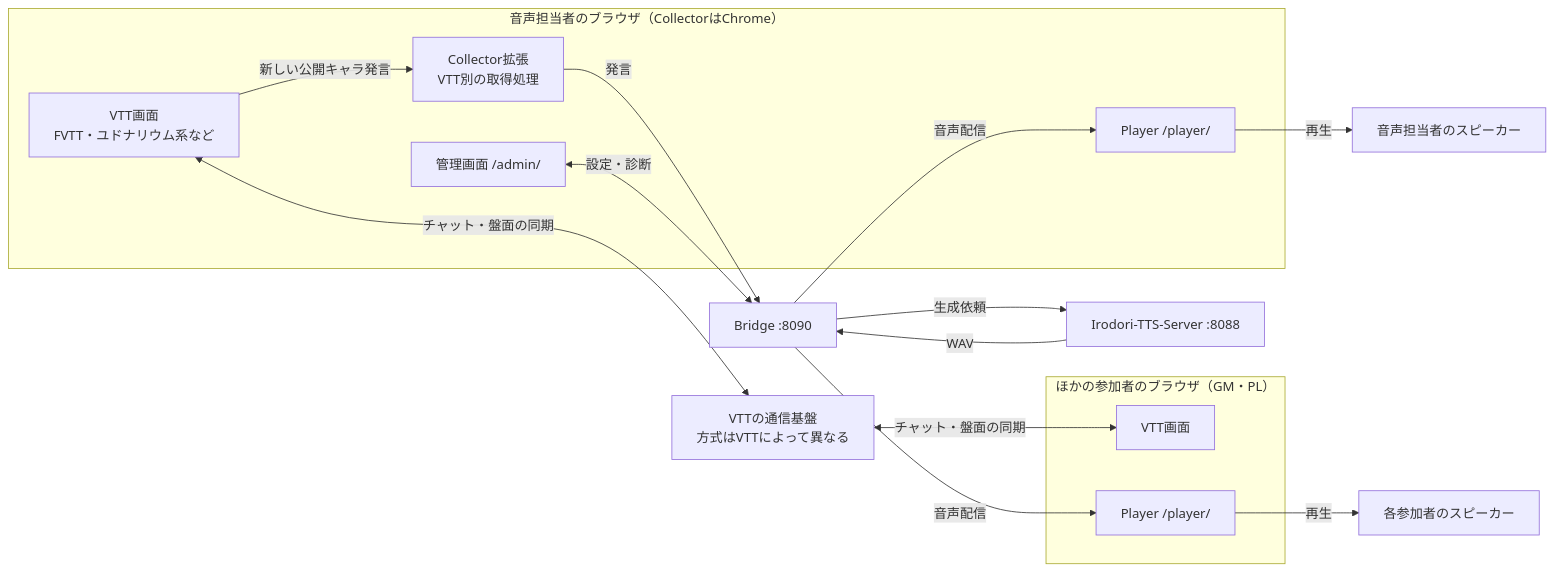
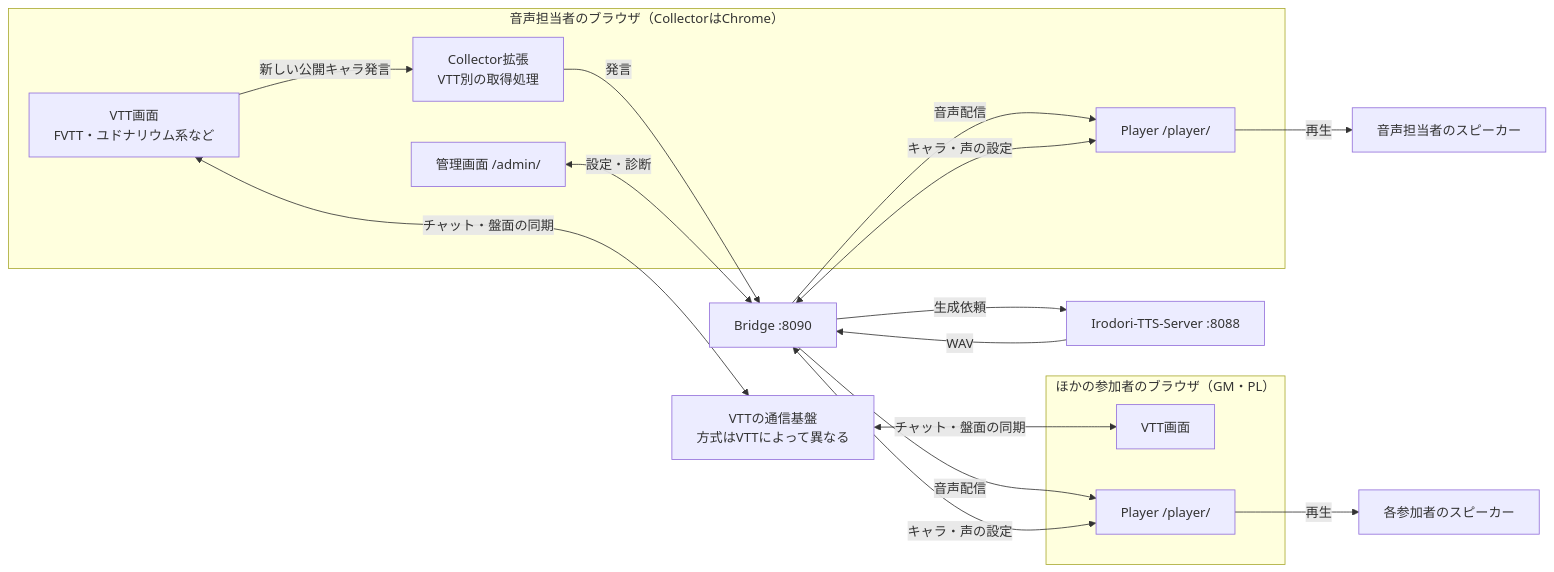
One commit to okamichi/trpg-voice-bridge changed the diagram in docs/setup-guide.md. Above: the diagram before and after it, drawn with Mermaid. The commit also changed other lines of this file and 25 other files, not shown here.

````diff
--- a/docs/setup-guide.md
+++ b/docs/setup-guide.md
@@ -48,32 +48,34 @@
 ```mermaid
 flowchart LR
   subgraph VoiceHost["音声担当者のブラウザ（CollectorはChrome）"]
     HostVTT["VTT画面<br/>FVTT・ユドナリウム系など"]
     Collector["Collector拡張<br/>VTT別の取得処理"]
     Admin["管理画面 /admin/"]
     HostPlayer["Player /player/"]
   end
 
   subgraph Participants["ほかの参加者のブラウザ（GM・PL）"]
     PVTT["VTT画面"]
     PPlayer["Player /player/"]
   end
 
   VTTNetwork["VTTの通信基盤<br/>方式はVTTによって異なる"]
   Bridge["Bridge :8090"]
   TTS["Irodori-TTS-Server :8088"]
   HostSpeaker["音声担当者のスピーカー"]
   PSpeaker["各参加者のスピーカー"]
 
   HostVTT <-->|チャット・盤面の同期| VTTNetwork
   VTTNetwork <-->|チャット・盤面の同期| PVTT
   HostVTT -->|新しい公開キャラ発言| Collector
   Collector -->|発言| Bridge
   Admin <-->|設定・診断| Bridge
   Bridge -->|生成依頼| TTS
   TTS -->|WAV| Bridge
   Bridge -->|音声配信| HostPlayer
   Bridge -->|音声配信| PPlayer
+  HostPlayer <-->|キャラ・声の設定| Bridge
+  PPlayer <-->|キャラ・声の設定| Bridge
   HostPlayer -->|再生| HostSpeaker
   PPlayer -->|再生| PSpeaker
 ```
````
